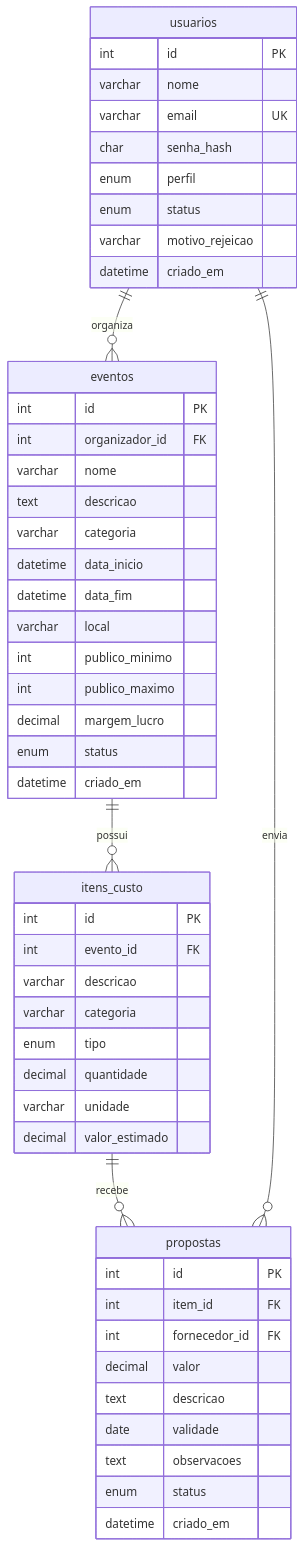
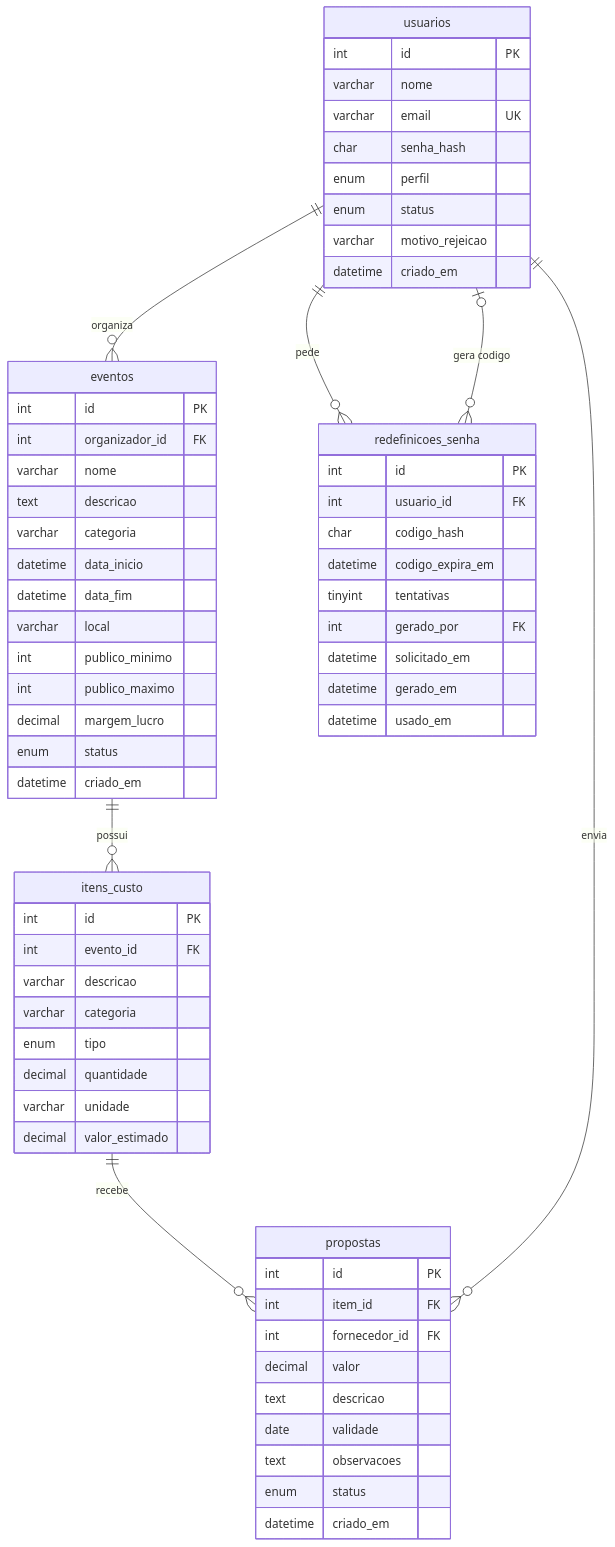
The diagram in src/backend/database/README.md (2026-2-MCC2/Projeto5), drawn with Mermaid before and after one commit. The commit also changed other lines of this file and 24 other files, not shown here.

````diff
--- a/src/backend/database/README.md
+++ b/src/backend/database/README.md
@@ -16,54 +17,67 @@
 ```mermaid
 erDiagram
     usuarios ||--o{ eventos : "organiza"
     eventos ||--o{ itens_custo : "possui"
     itens_custo ||--o{ propostas : "recebe"
     usuarios ||--o{ propostas : "envia"
+    usuarios ||--o{ redefinicoes_senha : "pede"
+    usuarios |o--o{ redefinicoes_senha : "gera codigo"
 
     usuarios {
         int id PK
         varchar nome
         varchar email UK
         char senha_hash
         enum perfil
         enum status
         varchar motivo_rejeicao
         datetime criado_em
     }
     eventos {
         int id PK
         int organizador_id FK
         varchar nome
         text descricao
         varchar categoria
         datetime data_inicio
         datetime data_fim
         varchar local
         int publico_minimo
         int publico_maximo
         decimal margem_lucro
         enum status
         datetime criado_em
     }
     itens_custo {
         int id PK
         int evento_id FK
         varchar descricao
         varchar categoria
         enum tipo
         decimal quantidade
         varchar unidade
         decimal valor_estimado
     }
     propostas {
         int id PK
         int item_id FK
         int fornecedor_id FK
         decimal valor
         text descricao
         date validade
         text observacoes
         enum status
         datetime criado_em
     }
+    redefinicoes_senha {
+        int id PK
+        int usuario_id FK
+        char codigo_hash
+        datetime codigo_expira_em
+        tinyint tentativas
+        int gerado_por FK
+        datetime solicitado_em
+        datetime gerado_em
+        datetime usado_em
+    }
 ```
````
